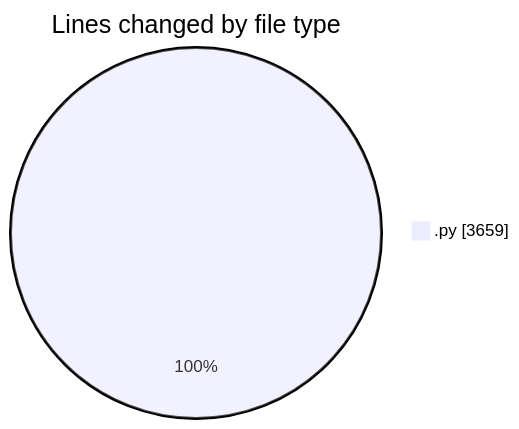
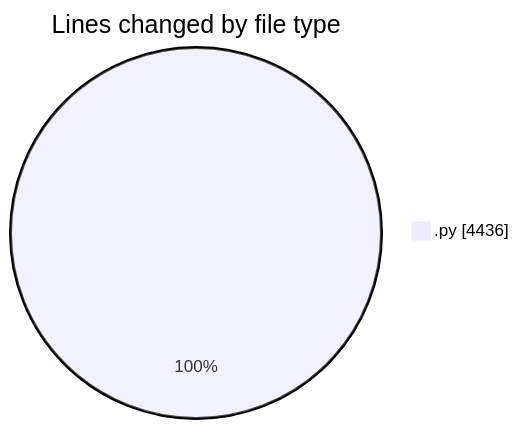
The first of 2 diagrams in 2025-07-15/telebot/README.md (jrari/code-tracking), drawn with Mermaid before and after one commit. The commit also changed other lines of this file and 1 other file, not shown here.

````diff
--- a/2025-07-15/telebot/README.md
+++ b/2025-07-15/telebot/README.md
@@ -25,5 +25,5 @@
 ```mermaid
 pie showData
 title Lines changed by file type
-".py" : 3659
+".py" : 4436
 ```
````
